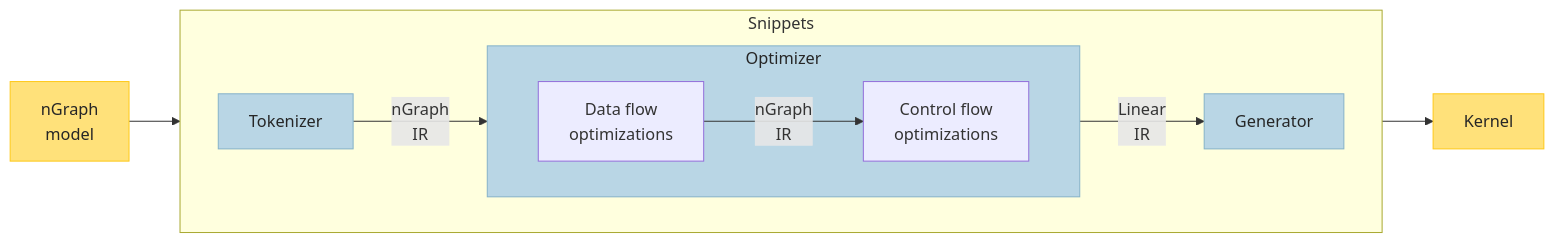
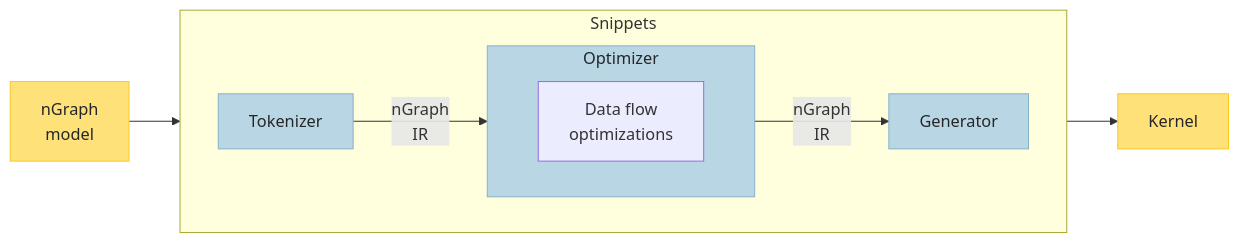
One commit to IvanNovoselov/openvino changed the seventh of 12 diagrams in src/common/snippets/docs/snippets_design_guide.md. Above: the diagram before and after it, drawn with Mermaid. The commit also changed other lines of this file, not shown here.

Commit message:
prev arch pic

````diff
--- a/src/common/snippets/docs/snippets_design_guide.md
+++ b/src/common/snippets/docs/snippets_design_guide.md
@@ -239,22 +239,20 @@
 ```mermaid
  graph LR
    Source[nGraph \n model]
    subgraph Snippets
       direction LR
       subgraph Optimizer[Optimizer]
         direction LR
         Data[Data flow \n optimizations]
-        Control[Control flow \n optimizations]
-        Data-->|nGraph \nIR|Control
       end
       Frontend[Tokenizer]-->|nGraph \nIR|Data
-      Control-->|Linear \nIR|Backend[Generator]
+      Data-->|nGraph \nIR|Backend[Generator]
    end
    Source --> Frontend
    Backend --> Executable[Kernel]
 classDef no-bg-color fill:none,stroke-width:0px
 classDef steel1 fill:#B9D6E5, stroke: #86B3CA, color: #262626
 classDef daisy1 fill:#FFE17A, stroke: #FEC91B, color: #262626
 class Frontend,Optimizer,Backend steel1
 class Source,Executable daisy1
 ```
````
